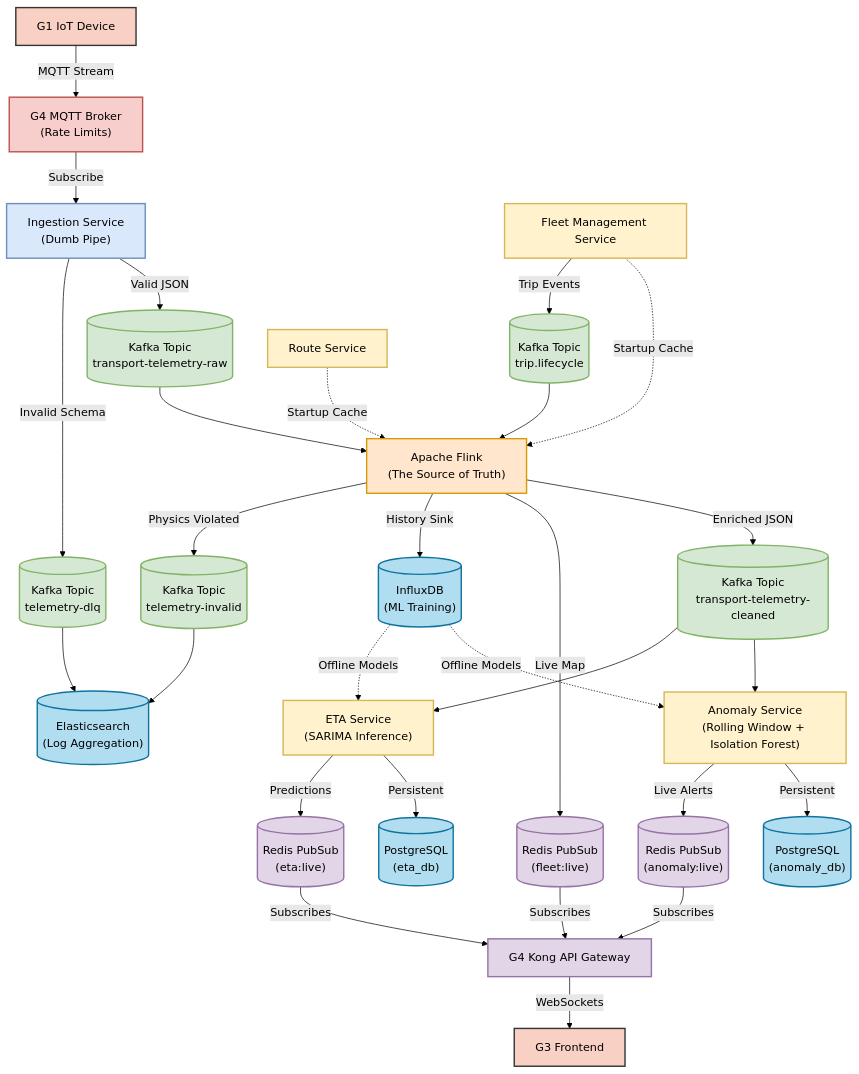
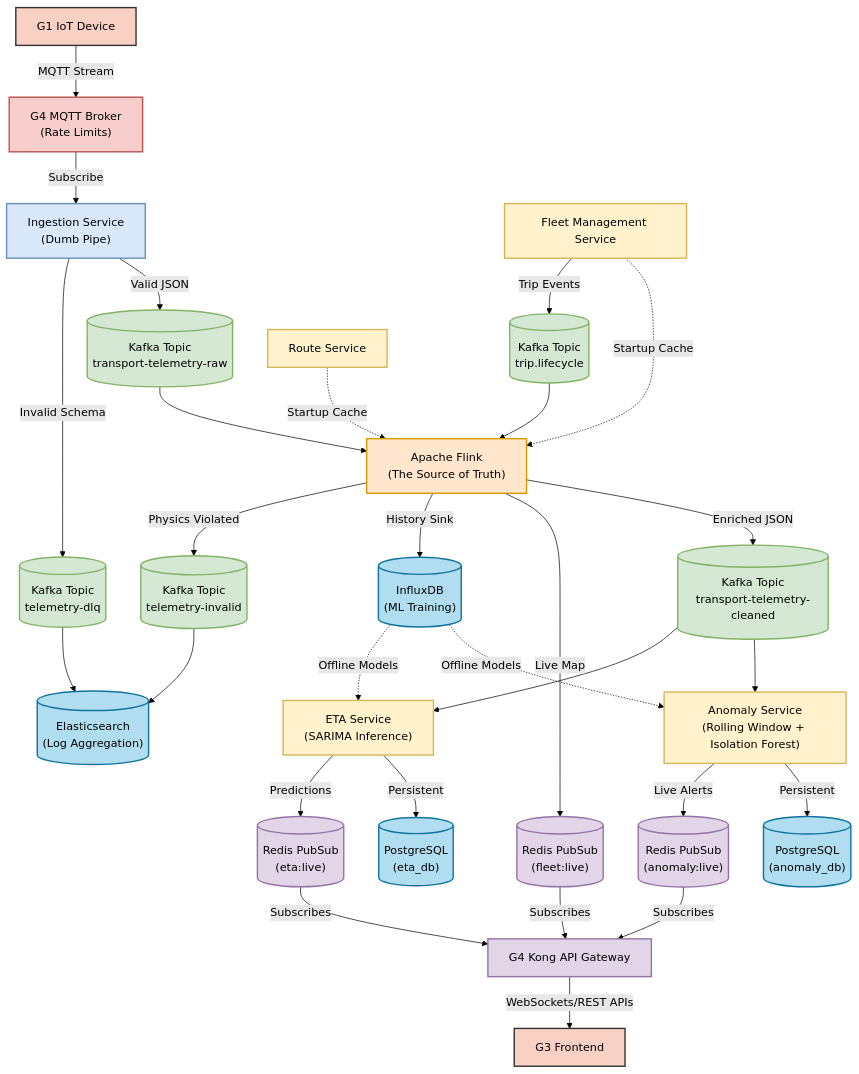
The diagram in docs/CR_1.md (OnTime-SE-G/ontime-g2), drawn with Mermaid (forest theme) before and after one commit.

Commit message:
docsrest and websockets through Kong

````diff
--- a/docs/CR_1.md
+++ b/docs/CR_1.md
@@ -18,52 +18,52 @@
 ```mermaid
 graph TD
     classDef g1 fill:#f9d0c4,stroke:#333,stroke-width:2px;
     classDef mqtt fill:#f8cecc,stroke:#b85450,stroke-width:2px;
     classDef ingest fill:#dae8fc,stroke:#6c8ebf,stroke-width:2px;
     classDef kafka fill:#d5e8d4,stroke:#82b366,stroke-width:2px;
     classDef flink fill:#ffe6cc,stroke:#d79b00,stroke-width:2px;
     classDef redis fill:#e1d5e7,stroke:#9673a6,stroke-width:2px;
     classDef service fill:#fff2cc,stroke:#d6b656,stroke-width:2px;
     classDef ws fill:#e1d5e7,stroke:#9673a6,stroke-width:2px;
     classDef db fill:#b1ddf0,stroke:#10739e,stroke-width:2px;
 
     G1["G1 IoT Device"]:::g1 -->|MQTT Stream| Broker["G4 MQTT Broker<br>(Rate Limits)"]:::mqtt
     
     Broker -->|Subscribe| Ingest["Ingestion Service<br>(Dumb Pipe)"]:::ingest
     Ingest -->|Invalid Schema| DLQ[("Kafka Topic<br>telemetry-dlq")]:::kafka
     Ingest -->|Valid JSON| Raw[("Kafka Topic<br>transport-telemetry-raw")]:::kafka
     
     FleetService["Fleet Management Service"]:::service -->|Trip Events| Lifecycle[("Kafka Topic<br>trip.lifecycle")]:::kafka
     RouteService["Route Service"]:::service -.->|Startup Cache| Flink
     FleetService -.->|Startup Cache| Flink
     
     Raw --> Flink["Apache Flink<br>(The Source of Truth)"]:::flink
     Lifecycle --> Flink
     
     Flink -->|Physics Violated| Invalid[("Kafka Topic<br>telemetry-invalid")]:::kafka
     Flink -->|History Sink| InfluxDB[("InfluxDB<br>(ML Training)")]:::db
     Flink -->|Live Map| RedisLive[("Redis PubSub<br>(fleet:live)")]:::redis
     Flink -->|Enriched JSON| Cleaned[("Kafka Topic<br>transport-telemetry-cleaned")]:::kafka
     
     Cleaned --> ETA["ETA Service<br>(SARIMA Inference)"]:::service
     Cleaned --> Anomaly["Anomaly Service<br>(Rolling Window + Isolation Forest)"]:::service
     
     InfluxDB -.->|Offline Models| ETA
     InfluxDB -.->|Offline Models| Anomaly
     
     DLQ --> Elastic[("Elasticsearch<br>(Log Aggregation)")]:::db
     Invalid --> Elastic
     
     ETA -->|Predictions| RedisETA[("Redis PubSub<br>(eta:live)")]:::redis
     ETA -->|Persistent| ETADb[("PostgreSQL<br>(eta_db)")]:::db
     
     Anomaly -->|Live Alerts| RedisAnomaly[("Redis PubSub<br>(anomaly:live)")]:::redis
     Anomaly -->|Persistent| AnomalyDb[("PostgreSQL<br>(anomaly_db)")]:::db
     
     %% Kong API Gateway Bypass
     RedisLive -->|Subscribes| Kong["G4 Kong API Gateway"]:::ws
     RedisETA -->|Subscribes| Kong
     RedisAnomaly -->|Subscribes| Kong
     
-    Kong -->|WebSockets| Dashboard["G3 Frontend"]:::g1
+    Kong -->|WebSockets/REST APIs| Dashboard["G3 Frontend"]:::g1
 ```
````
